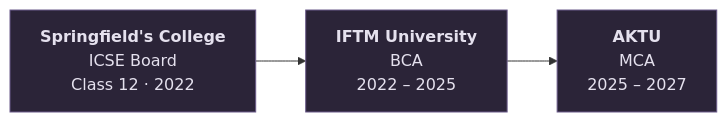
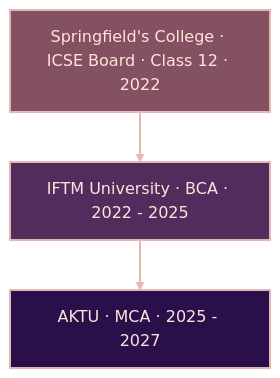
Before and after one commit to dhruvxag/dhruvxag: the diagram in README.md, drawn with Mermaid. The commit also changed other lines of this file, not shown here.

````diff
--- a/README.md
+++ b/README.md
@@ -81,6 +81,12 @@
 ```mermaid
-flowchart LR
-    A["<b>Springfield's College</b><br/>ICSE Board<br/>Class 12 · 2022"] --> B["<b>IFTM University</b><br/>BCA<br/>2022 – 2025"] --> C["<b>AKTU</b><br/>MCA<br/>2025 – 2027"]
-    classDef n fill:#2b2438,stroke:#6b5b8a,color:#e5e1ee
-    class A,B,C n
+flowchart TD
+    A["Springfield's College · ICSE Board · Class 12 · 2022"] --> B["IFTM University · BCA · 2022 - 2025"]
+    B --> C["AKTU · MCA · 2025 - 2027"]
+    classDef school fill:#845162,stroke:#E3B8B1,stroke-width:2px,color:#FFE3DA
+    classDef bca fill:#522C5D,stroke:#E3B8B1,stroke-width:2px,color:#FFE3DA
+    classDef mca fill:#29104A,stroke:#E3B8B1,stroke-width:2px,color:#FFE3DA
+    class A school
+    class B bca
+    class C mca
+    linkStyle default stroke:#E3B8B1,stroke-width:2px
 ```
````
